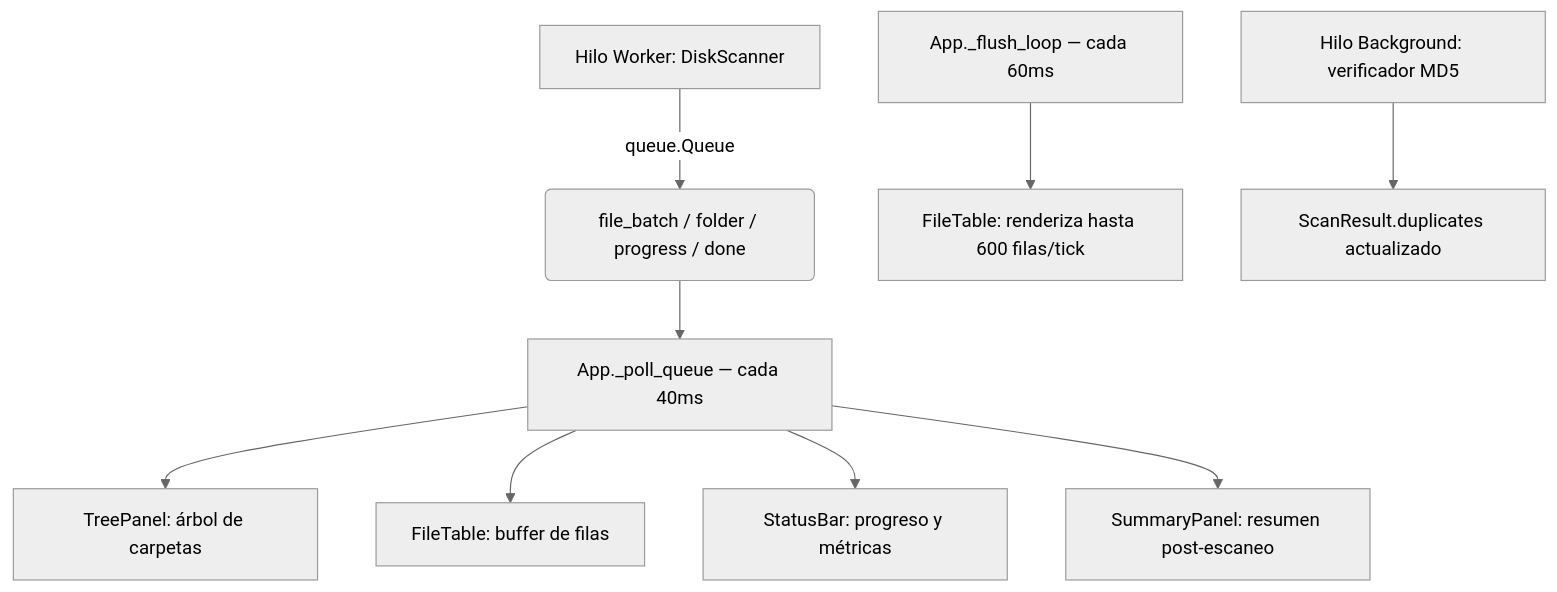
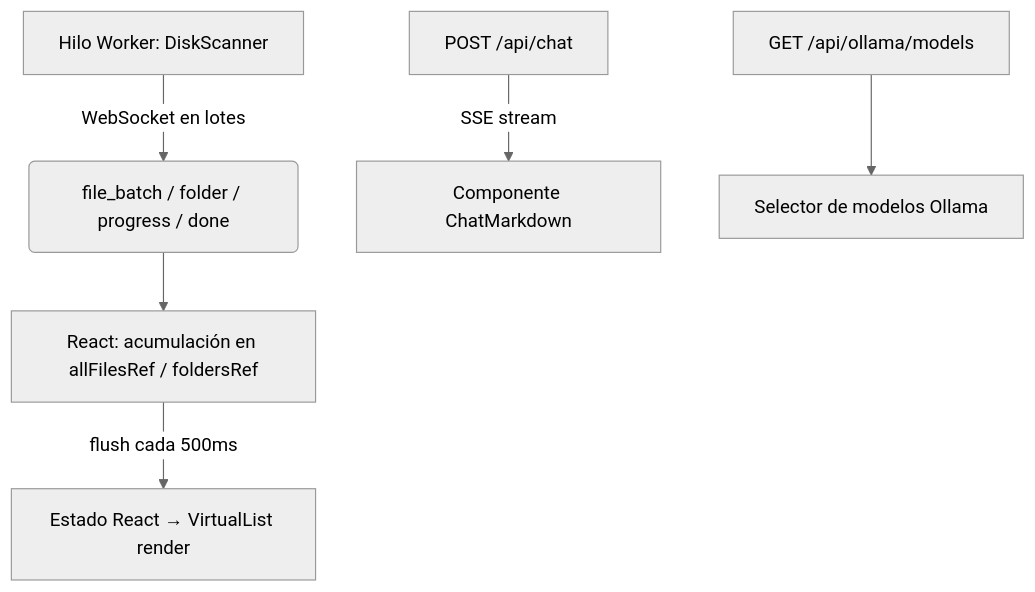
The second of 2 diagrams in README.md (Lizzen/disk_analyzer), drawn with Mermaid (neutral theme) before and after one commit. The commit also changed other lines of this file and 26 other files, not shown here.

First line of the commit message:
Modern Web UI v0.2.0 — React + FastAPI interface

````diff
--- a/README.md
+++ b/README.md
@@ -380,11 +453,8 @@
 ```mermaid
 graph TD
-    A[Hilo Worker: DiskScanner] -->|queue.Queue| B(file_batch / folder / progress / done)
-    B --> C[App._poll_queue — cada 40ms]
-    C --> D[TreePanel: árbol de carpetas]
-    C --> E[FileTable: buffer de filas]
-    C --> F[StatusBar: progreso y métricas]
-    C --> G[SummaryPanel: resumen post-escaneo]
-    H[App._flush_loop — cada 60ms] --> I[FileTable: renderiza hasta 600 filas/tick]
-    J[Hilo Background: verificador MD5] --> K[ScanResult.duplicates actualizado]
+    A[Hilo Worker: DiskScanner] -->|WebSocket en lotes| B(file_batch / folder / progress / done)
+    B --> C[React: acumulación en allFilesRef / foldersRef]
+    C -->|flush cada 500ms| D[Estado React → VirtualList render]
+    E[POST /api/chat] -->|SSE stream| F[Componente ChatMarkdown]
+    G[GET /api/ollama/models] --> H[Selector de modelos Ollama]
 ```
````
